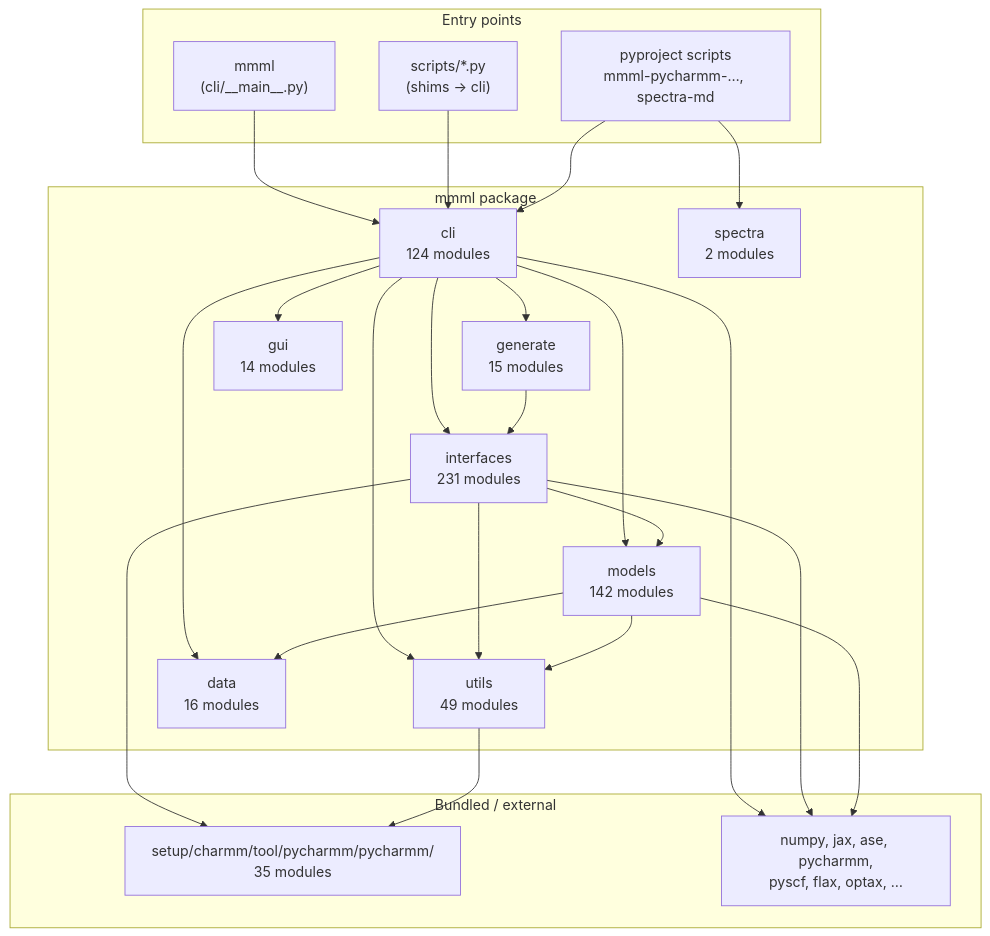
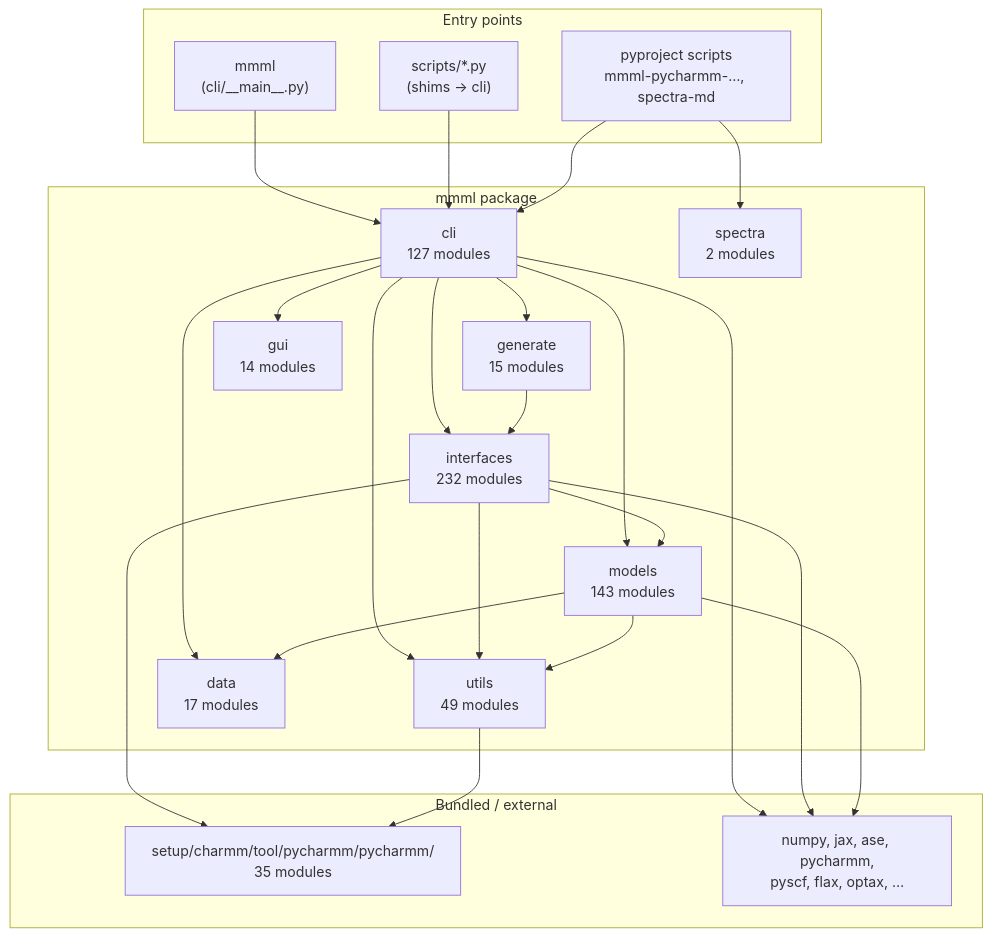
Before and after one commit to EricBoittier/mmml: the first of 8 diagrams in docs/package-architecture.md, drawn with Mermaid. The commit also changed 8 other files, not shown here.

````diff
--- a/docs/package-architecture.md
+++ b/docs/package-architecture.md
@@ -13,48 +13,48 @@
 ```mermaid
 flowchart TB
   subgraph entry["Entry points"]
     MMML["mmml\n(cli/__main__.py)"]
     SCRIPTS["scripts/*.py\n(shims → cli)"]
     PKG["pyproject scripts\nmmml-pycharmm-…, spectra-md"]
   end
 
   subgraph mmml_pkg["mmml package"]
-    CLI["cli\n124 modules"]
-    IFACE["interfaces\n231 modules"]
-    MODELS["models\n142 modules"]
+    CLI["cli\n127 modules"]
+    IFACE["interfaces\n232 modules"]
+    MODELS["models\n143 modules"]
     UTILS["utils\n49 modules"]
-    DATA["data\n16 modules"]
+    DATA["data\n17 modules"]
     GEN["generate\n15 modules"]
     GUI["gui\n14 modules"]
     SPEC["spectra\n2 modules"]
   end
 
   subgraph vendor["Bundled / external"]
     PYCH["setup/charmm/tool/pycharmm/pycharmm/\n35 modules"]
     EXT["numpy, jax, ase, pycharmm,\npyscf, flax, optax, …"]
   end
 
   MMML --> CLI
   SCRIPTS --> CLI
   PKG --> CLI
   PKG --> SPEC
 
   CLI --> IFACE
   CLI --> MODELS
   CLI --> DATA
   CLI --> UTILS
   CLI --> GEN
   CLI --> GUI
 
   IFACE --> MODELS
   IFACE --> UTILS
   IFACE --> PYCH
   MODELS --> UTILS
   MODELS --> DATA
   UTILS --> PYCH
   GEN --> IFACE
 
   CLI --> EXT
   IFACE --> EXT
   MODELS --> EXT
 ```
````
